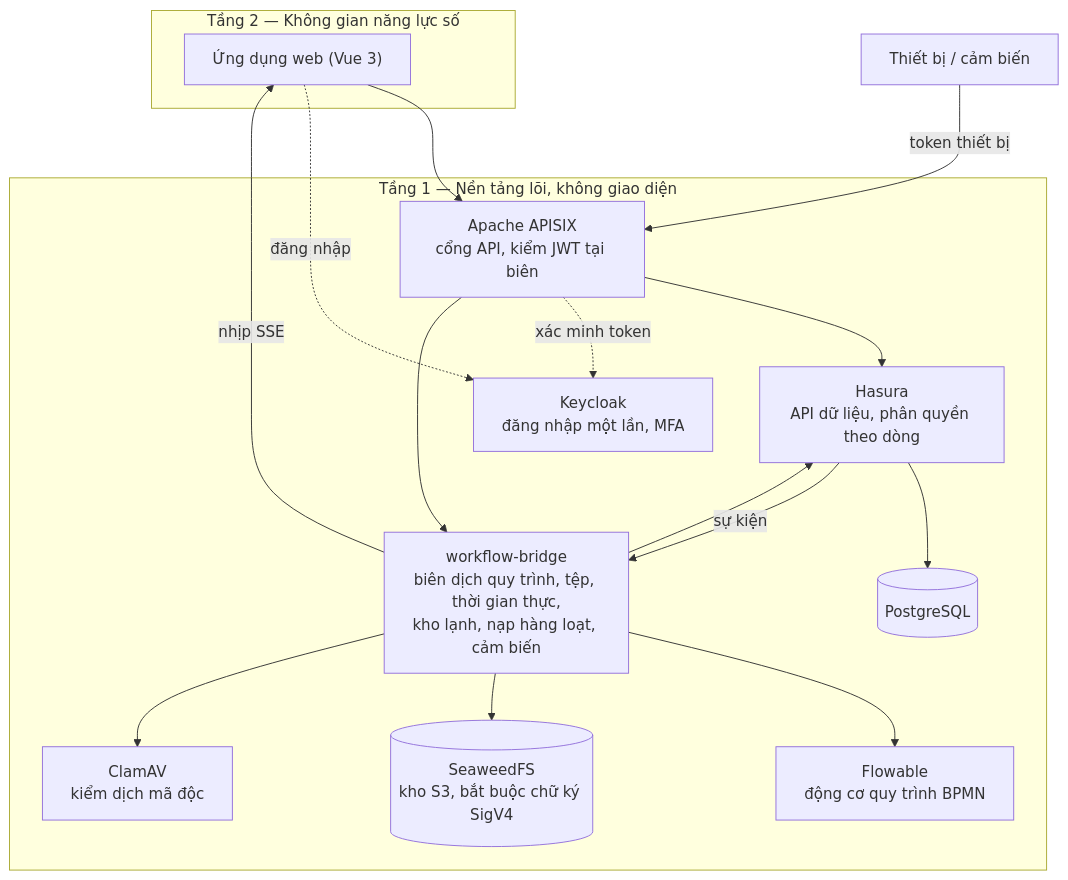
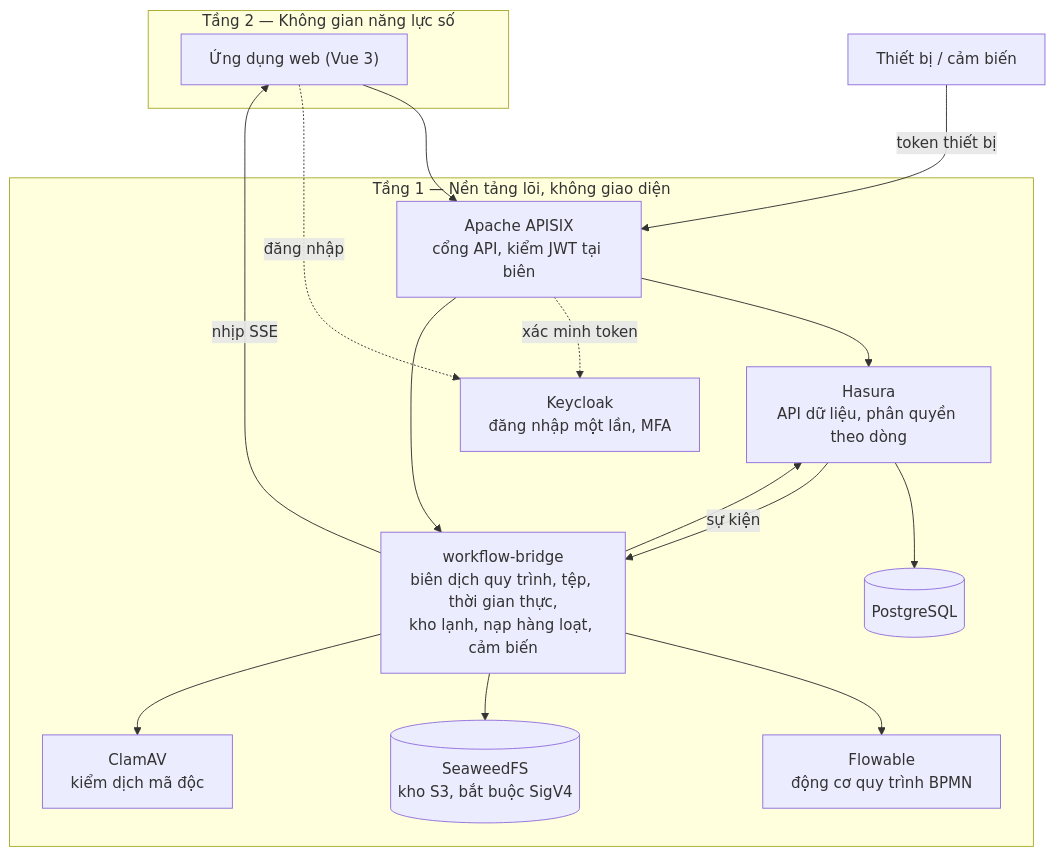
One commit to ngophatneknha/OLP-MNM changed the diagram in README.md. Above: the diagram before and after it, drawn with Mermaid. The commit also changed other lines of this file and 4 other files, not shown here.

````diff
--- a/README.md
+++ b/README.md
@@ -94,27 +85,27 @@
 ```mermaid
 flowchart TB
   subgraph T2["Tầng 2 — Không gian năng lực số"]
     WEB["Ứng dụng web (Vue 3)"]
   end
   subgraph T1["Tầng 1 — Nền tảng lõi, không giao diện"]
     GW["Apache APISIX<br/>cổng API, kiểm JWT tại biên"]
     KC["Keycloak<br/>đăng nhập một lần, MFA"]
     HS["Hasura<br/>API dữ liệu, phân quyền theo dòng"]
     PG[("PostgreSQL")]
     BR["workflow-bridge<br/>biên dịch quy trình, tệp, thời gian thực,<br/>kho lạnh, nạp hàng loạt, cảm biến"]
     FL["Flowable<br/>động cơ quy trình BPMN"]
-    S3[("SeaweedFS<br/>kho S3, bắt buộc chữ ký SigV4")]
+    S3[("SeaweedFS<br/>kho S3, bắt buộc SigV4")]
     AV["ClamAV<br/>kiểm dịch mã độc"]
   end
   DEV["Thiết bị / cảm biến"]
   WEB --> GW --> HS --> PG
   WEB -. đăng nhập .-> KC
   GW -. xác minh token .-> KC
   HS -- sự kiện --> BR --> FL
   BR --> HS
   GW --> BR
   BR --> S3
   BR --> AV
   DEV -- "token thiết bị" --> GW
   BR -- "nhịp SSE" --> WEB
 ```
````
